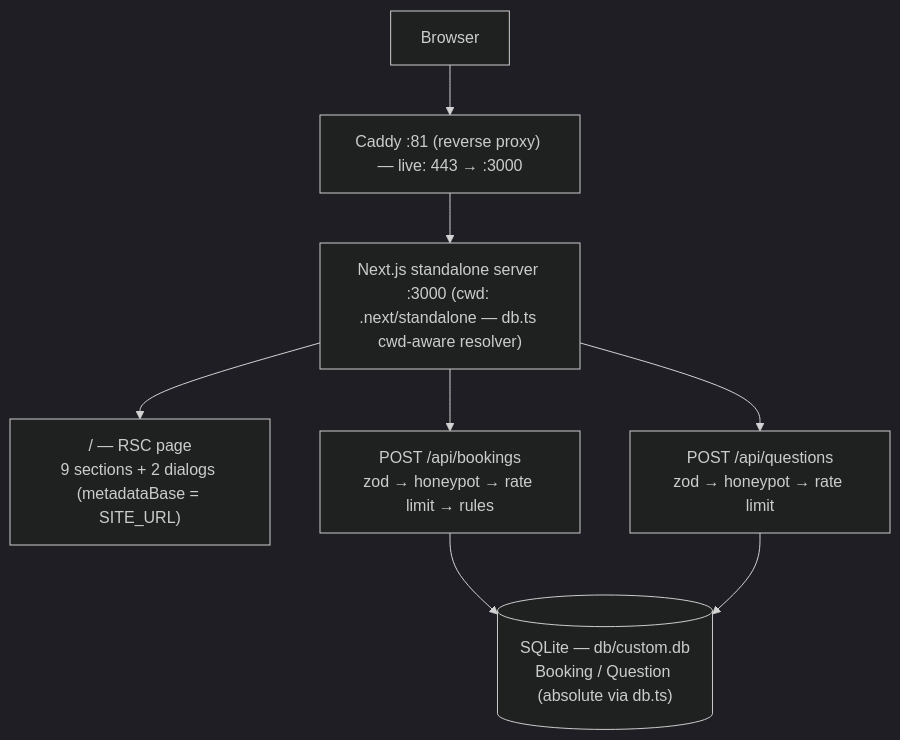
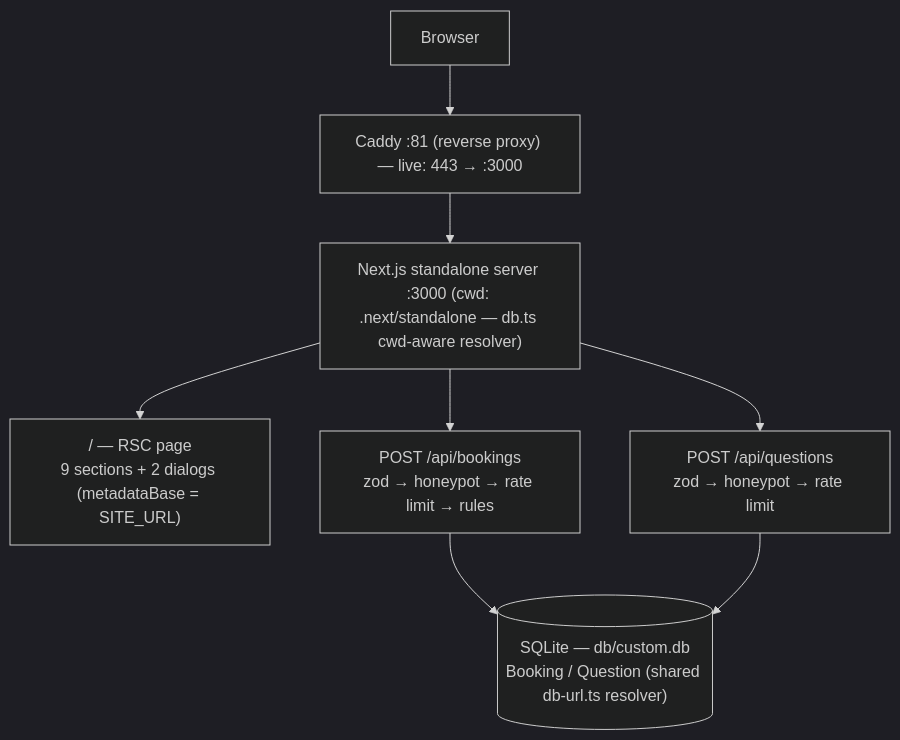
Before and after one commit to nordeim/car-care: the diagram in README.md, drawn with Mermaid (dark theme). The commit also changed other lines of this file and 6 other files, not shown here.

````diff
--- a/README.md
+++ b/README.md
@@ -50,10 +50,10 @@
 ```mermaid
 flowchart TB
     B["Browser"] --> C["Caddy :81 (reverse proxy) — live: 443 → :3000"]
     C --> N["Next.js standalone server :3000 (cwd: .next/standalone — db.ts cwd-aware resolver)"]
     N --> P["/ — RSC page<br/>9 sections + 2 dialogs (metadataBase = SITE_URL)"]
     N --> A1["POST /api/bookings<br/>zod → honeypot → rate limit → rules"]
     N --> A2["POST /api/questions<br/>zod → honeypot → rate limit"]
-    A1 --> D[("SQLite — db/custom.db<br/>Booking / Question (absolute via db.ts)")]
+    A1 --> D[("SQLite — db/custom.db<br/>Booking / Question (shared db-url.ts resolver)")]
     A2 --> D
 ```
````
